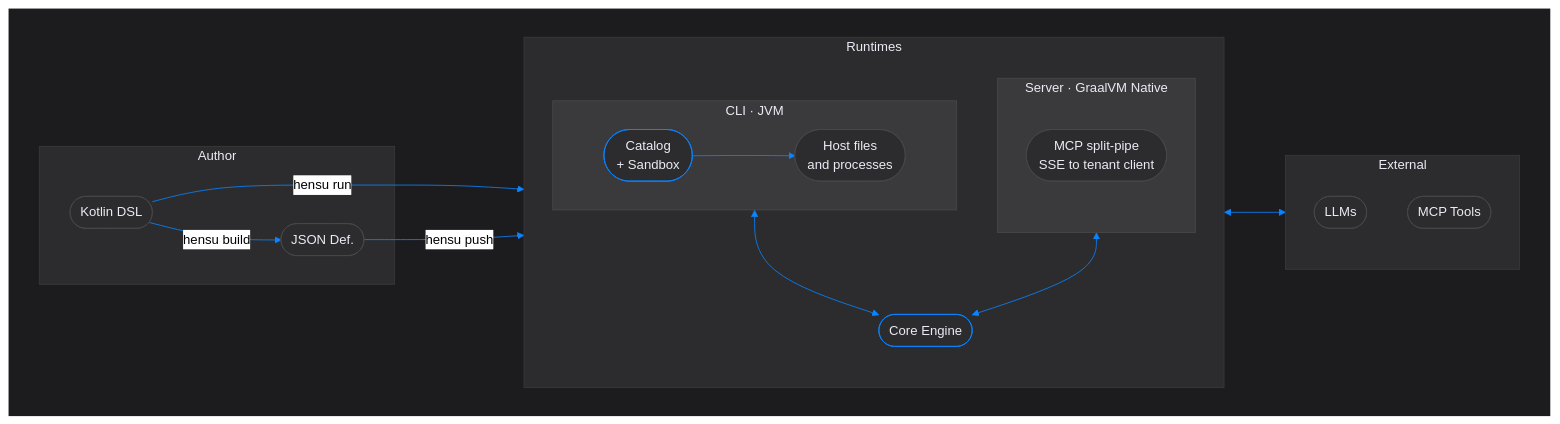
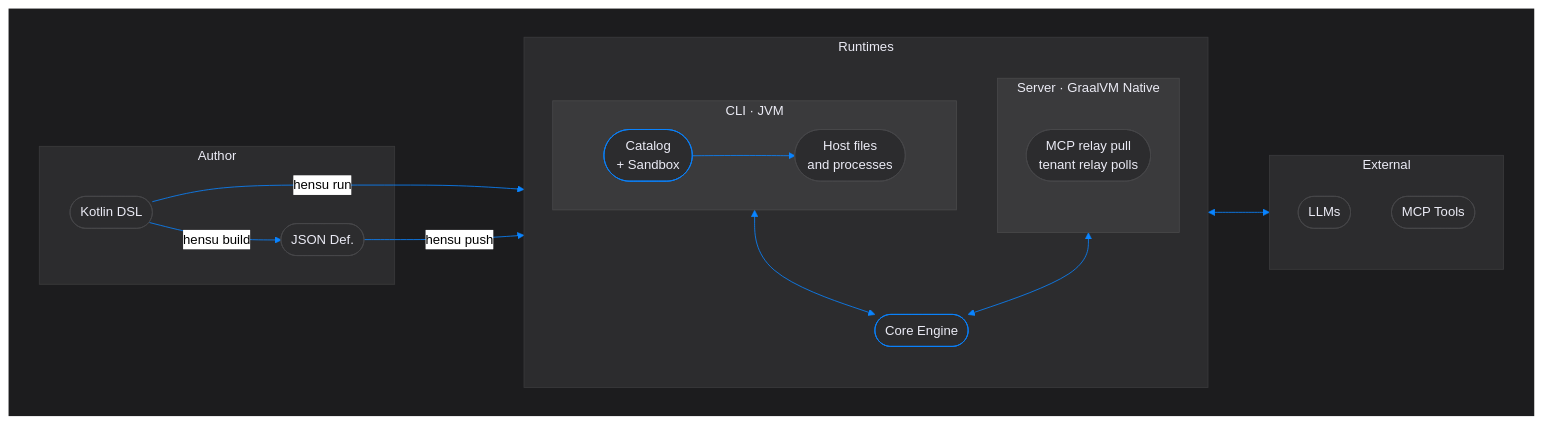
The diagram in README.md (hensu-project/hensu), drawn with Mermaid (neutral theme) before and after one commit. The commit also changed other lines of this file and 224 other files, not shown here.

````diff
--- a/README.md
+++ b/README.md
@@ -289,56 +291,56 @@
 ```mermaid
 flowchart LR
     subgraph bg["‍"]
         direction LR
         subgraph dev["Author"]
             dsl(["Kotlin DSL"])
             json(["JSON Def."])
         end
 
         subgraph rt["Runtimes"]
             direction TB
             subgraph cli["CLI · JVM"]
                 direction LR
                 gate(["Catalog<br/>+ Sandbox"])
                 host(["Host files<br/>and processes"])
             end
 
             core(["Core Engine"])
 
             subgraph srv["Server · GraalVM Native"]
-                pipe(["MCP split-pipe<br/>SSE to tenant client"])
+                pipe(["MCP relay pull<br/>tenant relay polls"])
             end
         end
 
         subgraph ext["External"]
             llms(["LLMs"])
             mcp(["MCP Tools"])
         end
 
         dsl -->|"hensu run"| cli
         dsl -->|"hensu build"| json
         json -->|"hensu push"| srv
         cli <--> core
         srv <--> core
         core <--> ext
         gate --> host
     end
 
     style bg   fill:#1c1c1e, stroke:none
     style dev  fill:#2c2c2e, stroke:#3a3a3c, color:#ebebf5, stroke-width:1px
     style rt   fill:#2c2c2e, stroke:#3a3a3c, color:#ebebf5, stroke-width:1px
     style ext  fill:#2c2c2e, stroke:#3a3a3c, color:#ebebf5, stroke-width:1px
     style cli  fill:#3a3a3c, stroke:#48484a, color:#ebebf5, stroke-width:1px
     style srv  fill:#3a3a3c, stroke:#48484a, color:#ebebf5, stroke-width:1px
     style core fill:#2c2c2e, stroke:#0A84FF, color:#ebebf5, stroke-width:1px
     style gate fill:#2c2c2e, stroke:#0A84FF, color:#ebebf5, stroke-width:1px
 
     style dsl  fill:#2c2c2e, stroke:#48484a, color:#ebebf5, stroke-width:1px
     style json fill:#2c2c2e, stroke:#48484a, color:#ebebf5, stroke-width:1px
     style host fill:#2c2c2e, stroke:#48484a, color:#ebebf5, stroke-width:1px
     style pipe fill:#2c2c2e, stroke:#48484a, color:#ebebf5, stroke-width:1px
     style llms fill:#2c2c2e, stroke:#48484a, color:#ebebf5, stroke-width:1px
     style mcp  fill:#2c2c2e, stroke:#48484a, color:#ebebf5, stroke-width:1px
 
     linkStyle default stroke:#0A84FF, stroke-width:1px
 ```
````
